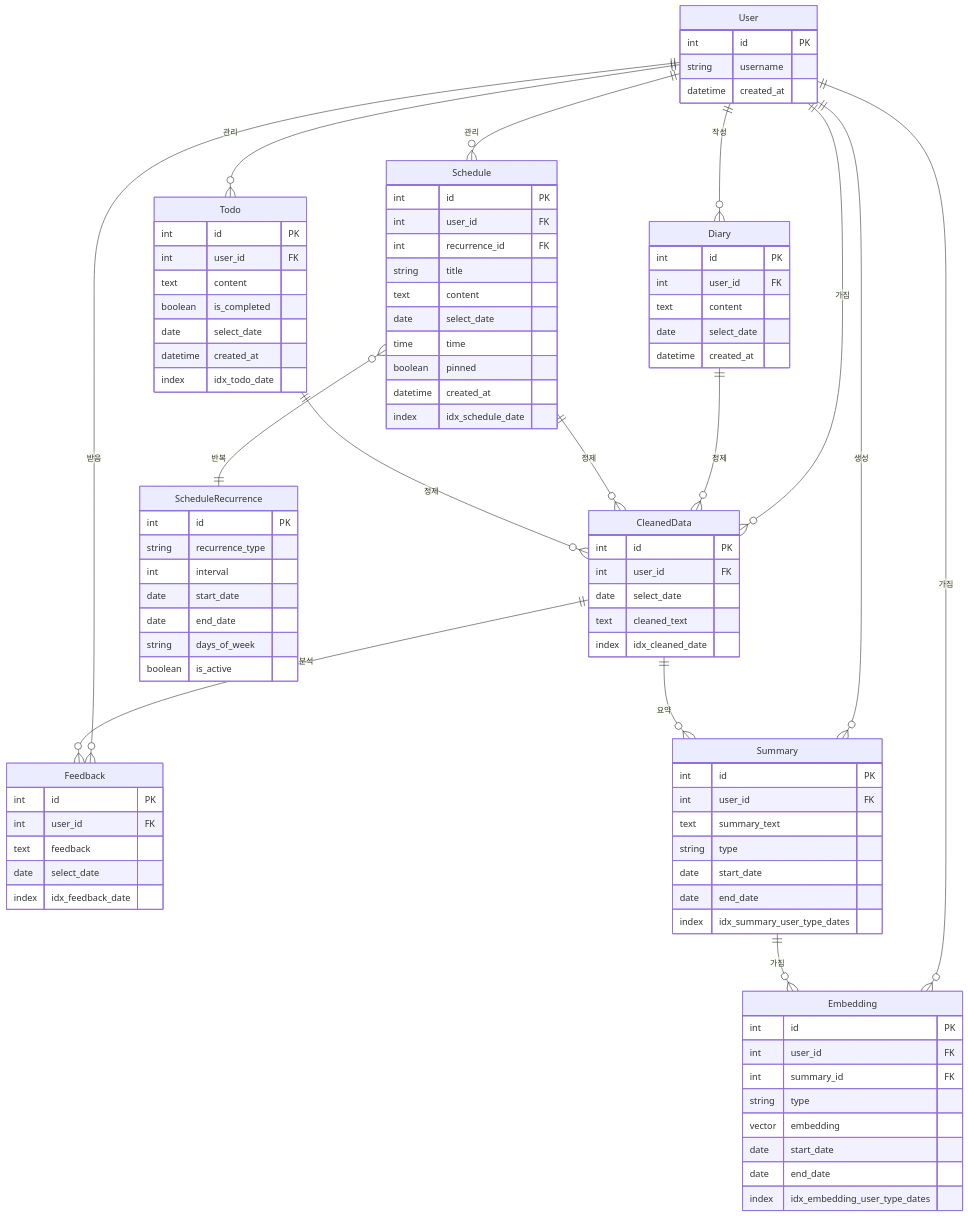
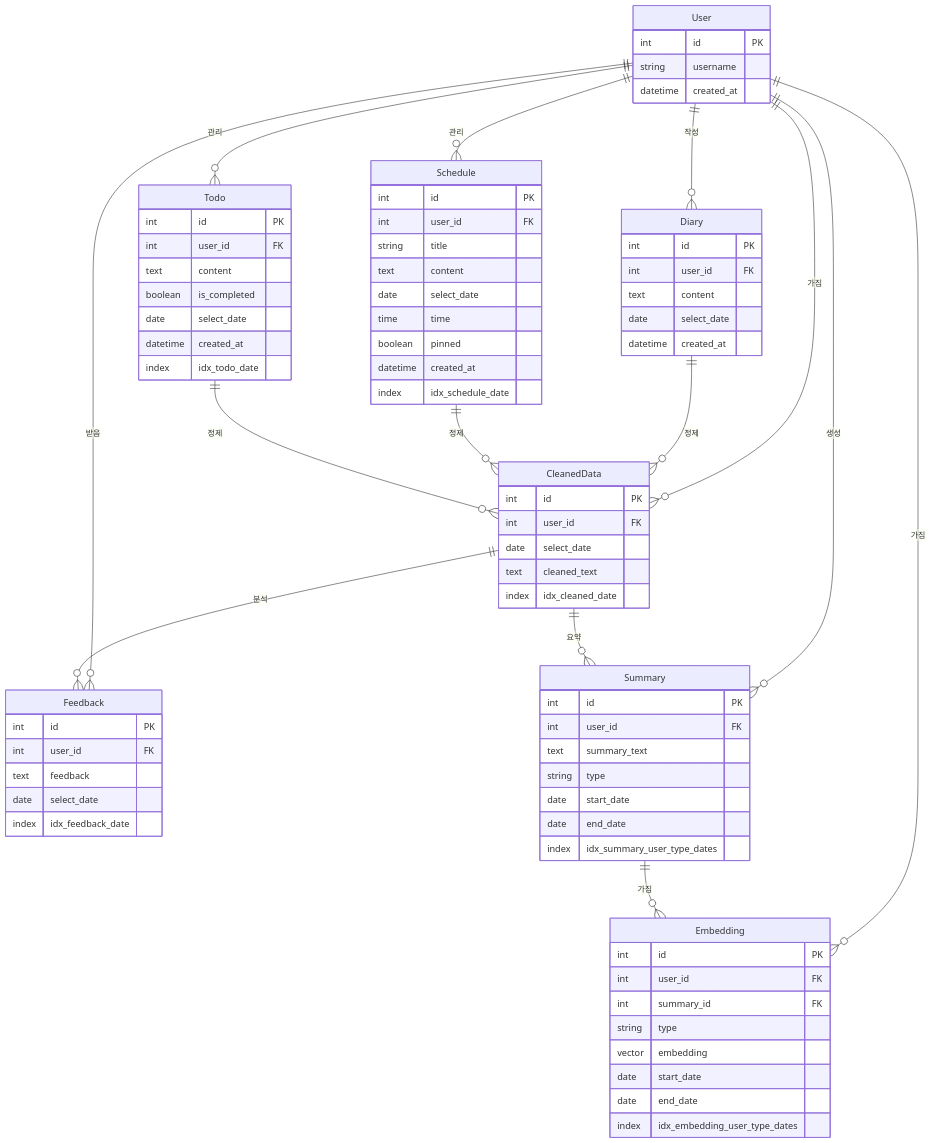
The diagram in README.md (K-MarkLee/Youtube_Search_bot), drawn with Mermaid before and after one commit. The commit also changed other lines of this file, not shown here.

```diff
--- a/README.md
+++ b/README.md
@@ -10,7 +10,6 @@
     User ||--o{ CleanedData : "가짐"
     User ||--o{ Embedding : "가짐"
     Summary ||--o{ Embedding : "가짐"
-    Schedule }o--|| ScheduleRecurrence : "반복"
     
     %% 데이터 흐름 관계
     Diary ||--o{ CleanedData : "정제"
@@ -25,16 +24,6 @@
         datetime created_at
     }
 
-    ScheduleRecurrence {
-        int id PK
-        string recurrence_type
-        int interval
-        date start_date
-        date end_date
-        string days_of_week
-        boolean is_active
-    }
-
     Diary {
         int id PK
         int user_id FK
@@ -46,7 +35,6 @@
     Schedule {
         int id PK
         int user_id FK
-        int recurrence_id FK
         string title
         text content
         date select_date
```
